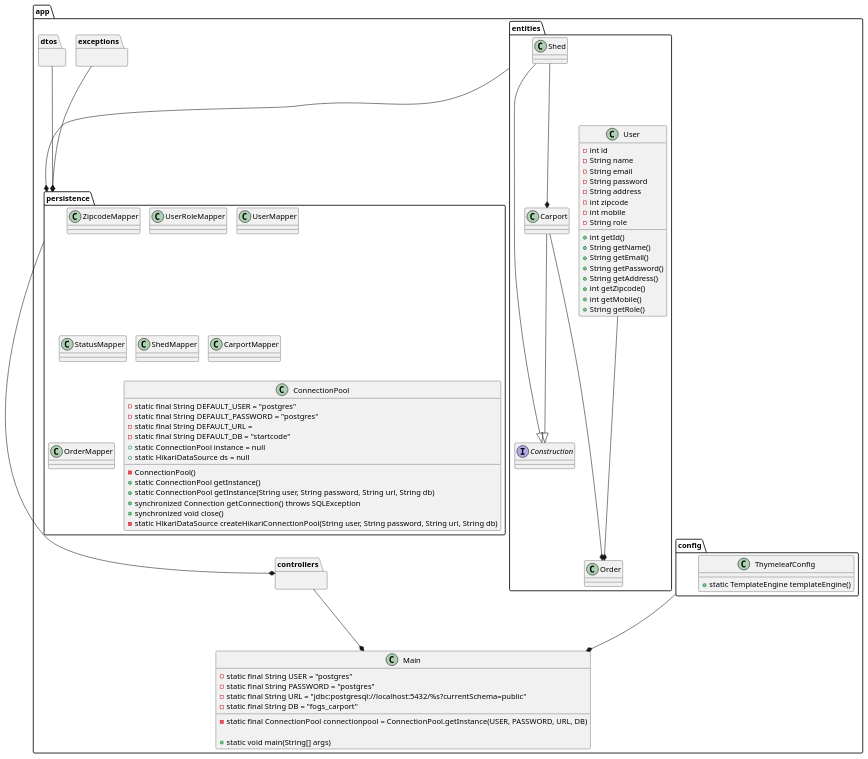
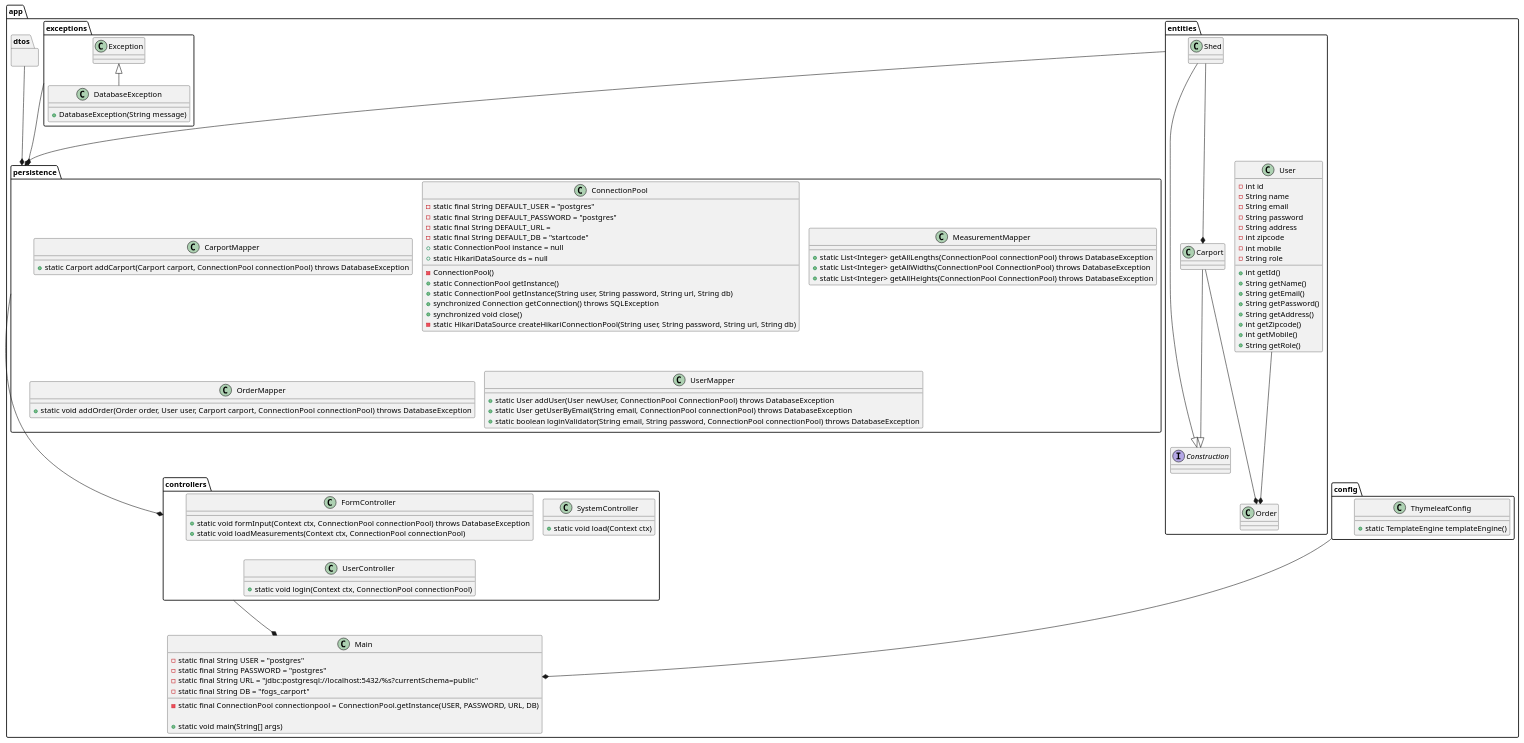
One commit to babanoelk/FogsCarport changed the diagram in documents/diagrams/class/class.puml. Above: the diagram before and after it, drawn with PlantUML. The commit also changed 12 other files, not shown here.

```diff
--- a/documents/diagrams/class/class.puml
+++ b/documents/diagrams/class/class.puml
@@ -1,117 +1,131 @@
 @startuml
 'https://plantuml.com/class-diagram
 package app {
 
 class Main {
     - static final String USER = "postgres"
     - static final String PASSWORD = "postgres"
     - static final String URL = "jdbc:postgresql://localhost:5432/%s?currentSchema=public"
     - static final String DB = "fogs_carport"
 
     - static final ConnectionPool connectionpool = ConnectionPool.getInstance(USER, PASSWORD, URL, DB)
 
     + static void main(String[] args)
 }
 
 package config {
 class ThymeleafConfig{
     + static TemplateEngine templateEngine()
 }
 }
 
 package controllers {
+class FormController{
+    + static void formInput(Context ctx, ConnectionPool connectionPool) throws DatabaseException
+    + static void loadMeasurements(Context ctx, ConnectionPool connectionPool)
+}
+
+class SystemController{
+    + static void load(Context ctx)
+}
+
+class UserController{
+    + static void login(Context ctx, ConnectionPool connectionPool)
+}
 }
 
 package dtos {
 }
 
 package entities {
 class User{
 - int id
 - String name
 - String email
 - String password
 - String address
 - int zipcode
 - int mobile
 - String role
 
 + int getId()
 + String getName()
 + String getEmail()
 + String getPassword()
 + String getAddress()
 + int getZipcode()
 + int getMobile()
 + String getRole()
 }
 
 interface Construction{}
 
 class Shed{}
 
 class Carport{}
 
 class Order{}
 
 'Connections
 Shed ----* Carport
 Carport ----* Order
 User ----* Order
 Shed ---|> Construction
 Carport ---|> Construction
 }
 
 package exceptions {
+class DatabaseException extends Exception{
+    + DatabaseException(String message)
+}
 }
 
 package persistence {
 
-class ZipcodeMapper{
-}
-
-class UserRoleMapper{
-}
-
-class UserMapper{
-}
-
-class StatusMapper{
-}
-
-class ShedMapper{
-}
-
 class CarportMapper{
-}
-
-class OrderMapper{
+    + static Carport addCarport(Carport carport, ConnectionPool connectionPool) throws DatabaseException
 }
 
 class ConnectionPool{
     - static final String DEFAULT_USER = "postgres"
     - static final String DEFAULT_PASSWORD = "postgres"
     - static final String DEFAULT_URL =
     - static final String DEFAULT_DB = "startcode"
     + static ConnectionPool instance = null
     + static HikariDataSource ds = null
     - ConnectionPool()
     + static ConnectionPool getInstance()
     + static ConnectionPool getInstance(String user, String password, String url, String db)
     + synchronized Connection getConnection() throws SQLException
     + synchronized void close()
     - static HikariDataSource createHikariConnectionPool(String user, String password, String url, String db)
 }
 
+class MeasurementMapper{
+    + static List<Integer> getAllLengths(ConnectionPool connectionPool) throws DatabaseException
+    + static List<Integer> getAllWidths(ConnectionPool ConnectionPool) throws DatabaseException
+    + static List<Integer> getAllHeights(ConnectionPool ConnectionPool) throws DatabaseException
+}
+
+class OrderMapper{
+    + static void addOrder(Order order, User user, Carport carport, ConnectionPool connectionPool) throws DatabaseException
+}
+
+class UserMapper{
+    + static User addUser(User newUser, ConnectionPool ConnectionPool) throws DatabaseException
+    + static User getUserByEmail(String email, ConnectionPool connectionPool) throws DatabaseException
+    + static boolean loginValidator(String email, String password, ConnectionPool connectionPool) throws DatabaseException
+}
+
 }
 
 'Connections
 exceptions ----* persistence
 dtos ----* persistence
 entities ----* persistence
 persistence ----* controllers
 config ----* Main
 controllers ----* Main
 }
 !pragma layout smetana
 @enduml
```
